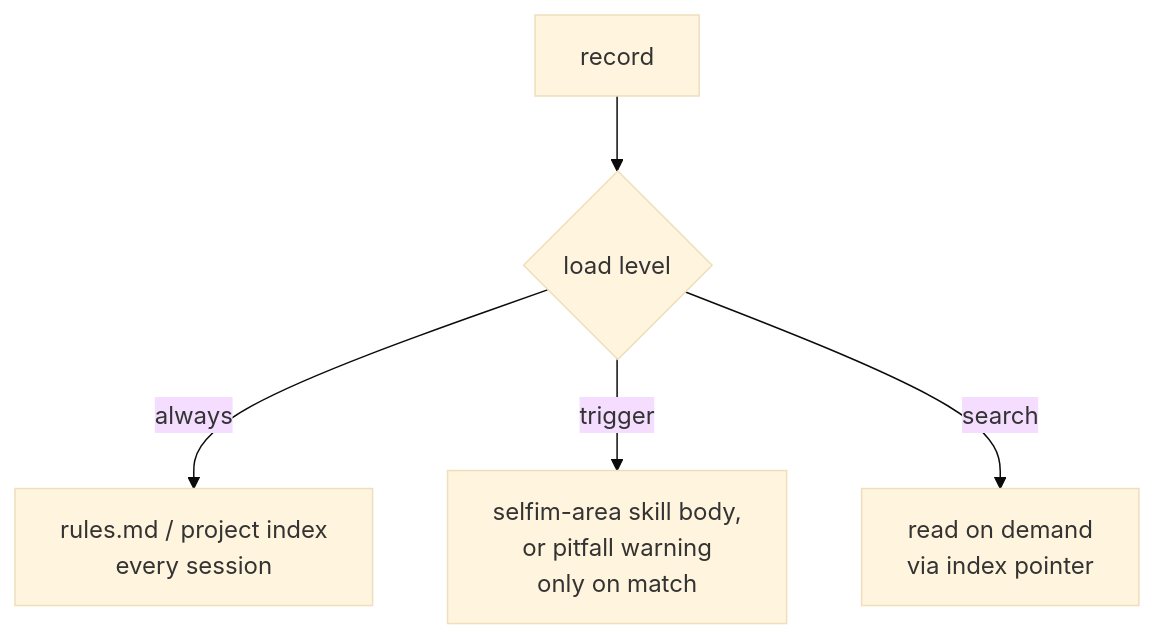
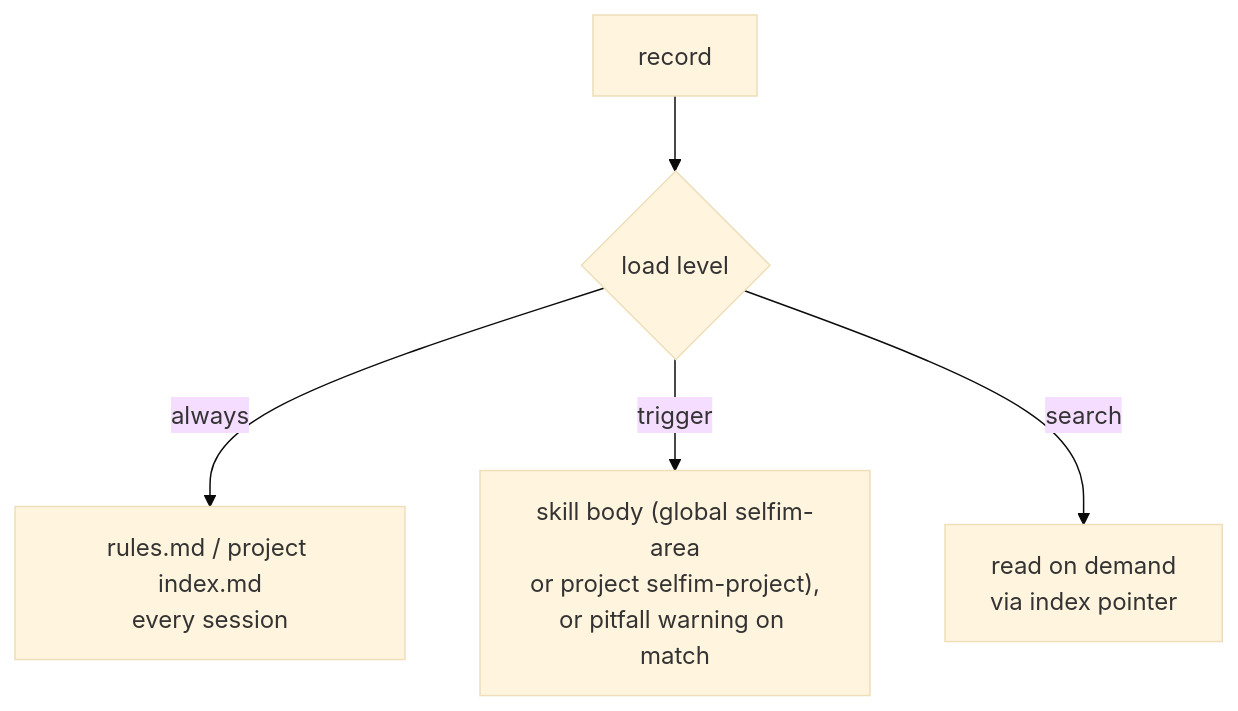
One commit to Juansasa/supermem changed the fourth of 4 diagrams in self-improvements/README.md. Above: the diagram before and after it, drawn with Mermaid (base theme). The commit also changed other lines of this file and 10 other files, not shown here.

Commit message:
selfim: apply simulation fixes; off by default with /selfim activation, skill layers, catch-up sweep, forward-commit reverts

````diff
--- a/self-improvements/README.md
+++ b/self-improvements/README.md
@@ -105,7 +106,7 @@
 ```mermaid
 flowchart TB
   R["record"] --> Q{"load level"}
-  Q -- always --> A1["rules.md / project index<br/>every session"]
-  Q -- trigger --> A2["selfim-area skill body,<br/>or pitfall warning<br/>only on match"]
+  Q -- always --> A1["rules.md / project index.md<br/>every session"]
+  Q -- trigger --> A2["skill body (global selfim-area<br/>or project selfim-project),<br/>or pitfall warning on match"]
   Q -- search --> A3["read on demand<br/>via index pointer"]
 ```
````
